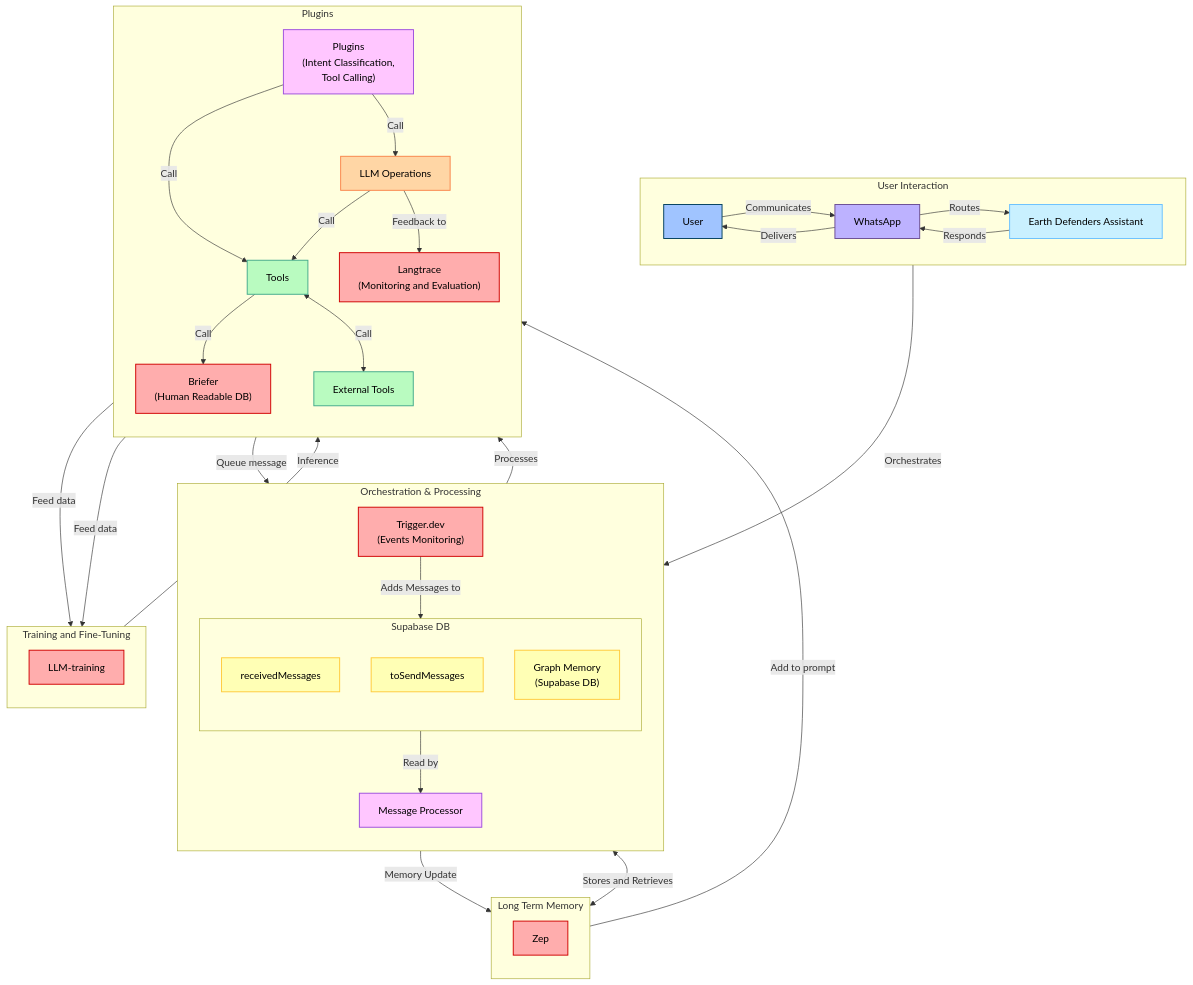
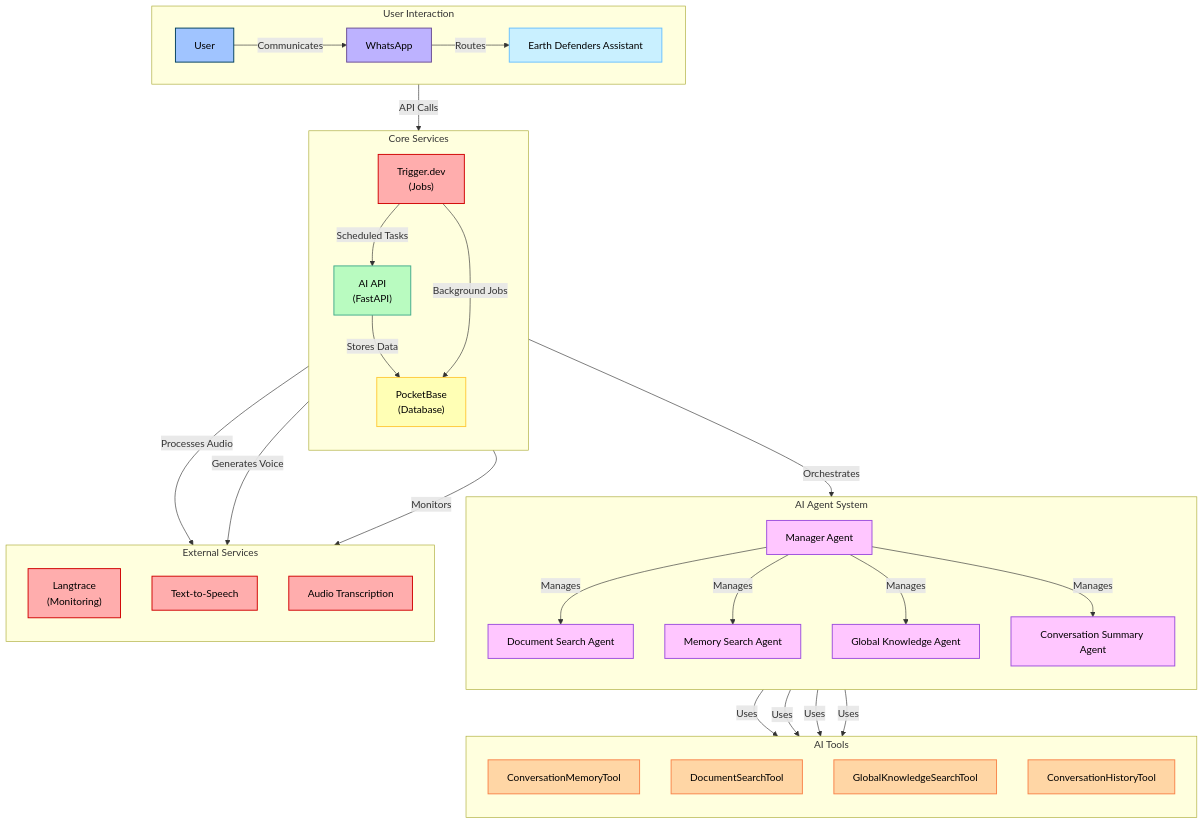
One commit to digidem/earth-defenders-assistant changed the diagram in assets/DEVELOPMENT.md. Above: the diagram before and after it, drawn with Mermaid. The commit also changed other lines of this file and 34 other files, not shown here.

````diff
--- a/assets/DEVELOPMENT.md
+++ b/assets/DEVELOPMENT.md
@@ -216,82 +252,79 @@
 ```mermaid
     flowchart TD
 
     %% Define styles for different components
     classDef userStyle fill:#A0C4FF,stroke:#003F5C,stroke-width:1.5px,color:#000
     classDef externalStyle fill:#BDB2FF,stroke:#6A4C93,stroke-width:1.5px,color:#000
     classDef botStyle fill:#C9F0FF,stroke:#69C0FF,stroke-width:1.5px,color:#000
     classDef processStyle fill:#FFC6FF,stroke:#9D4EDD,stroke-width:1.5px,color:#000
     classDef databaseStyle fill:#FFFFB5,stroke:#FFCA3A,stroke-width:1.5px,color:#000
     classDef serviceStyle fill:#B9FBC0,stroke:#43AA8B,stroke-width:1.5px,color:#000
     classDef llmStyle fill:#FFD6A5,stroke:#F9844A,stroke-width:1.5px,color:#000
     classDef externalAppStyle fill:#FFADAD,stroke:#D00000,stroke-width:1.5px,color:#000
 
     %% User Interaction
     subgraph UserInteraction["User Interaction"]
         direction LR
         User["User"]:::userStyle
         WhatsApp["WhatsApp"]:::externalStyle
         Bot["Earth Defenders Assistant"]:::botStyle
     end
 
-    %% Orchestration & Processing
-    subgraph Orchestration["Orchestration & Processing"]
+    %% Core Services
+    subgraph CoreServices["Core Services"]
         direction TB
-        MessageProcessor["Message Processor"]:::processStyle
-        TriggerDev["Trigger.dev<br>(Events Monitoring)"]:::externalAppStyle
-
-        subgraph Supabase["Supabase DB"]
-            direction TB
-            receivedMessages["receivedMessages"]:::databaseStyle
-            toSendMessages["toSendMessages"]:::databaseStyle
-            MemoryDB["Graph Memory<br>(Supabase DB)"]:::databaseStyle
-        end
+        AIAPI["AI API<br>(FastAPI)"]:::serviceStyle
+        PocketBase["PocketBase<br>(Database)"]:::databaseStyle
+        TriggerDev["Trigger.dev<br>(Jobs)"]:::externalAppStyle
     end
 
-    %% Memory Management
-    subgraph MemoryLayer["Long Term Memory"]
+    %% AI Agents
+    subgraph AIAgents["AI Agent System"]
         direction TB
-        Zep["Zep"]:::externalAppStyle
+        ManagerAgent["Manager Agent"]:::processStyle
+        DocumentAgent["Document Search Agent"]:::processStyle
+        MemoryAgent["Memory Search Agent"]:::processStyle
+        KnowledgeAgent["Global Knowledge Agent"]:::processStyle
+        SummaryAgent["Conversation Summary Agent"]:::processStyle
     end
 
-    %% LLMTraining
-    subgraph LLMTraining["Training and Fine-Tuning"]
+    %% Tools
+    subgraph Tools["AI Tools"]
         direction TB
-        LLM-training["LLM-training"]:::externalAppStyle
+        MemoryTool["ConversationMemoryTool"]:::llmStyle
+        DocumentTool["DocumentSearchTool"]:::llmStyle
+        KnowledgeTool["GlobalKnowledgeSearchTool"]:::llmStyle
+        HistoryTool["ConversationHistoryTool"]:::llmStyle
     end
 
-
-    %% Plugins
-    subgraph LLMProcessing["Plugins"]
+    %% External Services
+    subgraph ExternalServices["External Services"]
         direction TB
-        Plugins["Plugins<br>(Intent Classification,<br>Tool Calling)"]:::processStyle
-        LLMOperations["LLM Operations"]:::llmStyle
-        Tools["Tools"]:::serviceStyle
-        Briefer["Briefer<br>(Human Readable DB)"]:::externalAppStyle
-        ExternalTools["External Tools"]:::serviceStyle
-        Langtrace["Langtrace<br>(Monitoring and Evaluation)"]:::externalAppStyle
+        Langtrace["Langtrace<br>(Monitoring)"]:::externalAppStyle
+        TTS["Text-to-Speech"]:::externalAppStyle
+        Transcription["Audio Transcription"]:::externalAppStyle
     end
 
     %% Connections
     User -->|Communicates| WhatsApp
     WhatsApp -->|Routes| Bot
-    Bot -->|Orchestrates| TriggerDev
-    TriggerDev -->|Adds Messages to| receivedMessages
-    receivedMessages -->|Read by| MessageProcessor
-    MessageProcessor -->|Processes| Plugins
-    Plugins -->|Call| LLMOperations
-    Plugins -->|Call| Tools
-    LLMOperations -->|Call| Tools
-    LLMOperations -->|Feedback to| Langtrace
-    MessageProcessor -->|Memory Update| Zep
-    Zep <-->|Stores and Retrieves| MemoryDB
-    Zep -->|Add to prompt|LLMOperations
-    LLM-training -->|Inference|LLMOperations
-    Tools -->|Call|Briefer
-    Tools <-->|Call|ExternalTools
-    Tools -->|Queue message|toSendMessages
-    Briefer -->|Feed data|LLM-training
-    Langtrace -->|Feed data| LLM-training
-    Bot -->|Responds| WhatsApp
-    WhatsApp -->|Delivers| User
+    Bot -->|API Calls| AIAPI
+    AIAPI -->|Orchestrates| ManagerAgent
+    ManagerAgent -->|Manages| DocumentAgent
+    ManagerAgent -->|Manages| MemoryAgent
+    ManagerAgent -->|Manages| KnowledgeAgent
+    ManagerAgent -->|Manages| SummaryAgent
+    
+    DocumentAgent -->|Uses| DocumentTool
+    MemoryAgent -->|Uses| MemoryTool
+    KnowledgeAgent -->|Uses| KnowledgeTool
+    SummaryAgent -->|Uses| HistoryTool
+    
+    AIAPI -->|Stores Data| PocketBase
+    AIAPI -->|Processes Audio| Transcription
+    AIAPI -->|Generates Voice| TTS
+    AIAPI -->|Monitors| Langtrace
+    
+    TriggerDev -->|Background Jobs| PocketBase
+    TriggerDev -->|Scheduled Tasks| AIAPI
 ```
````
